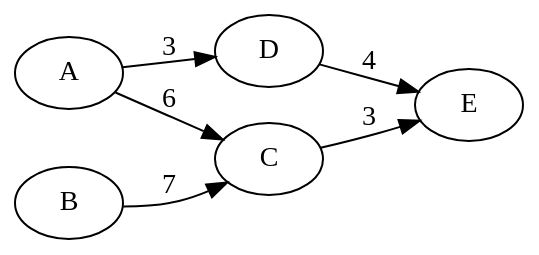
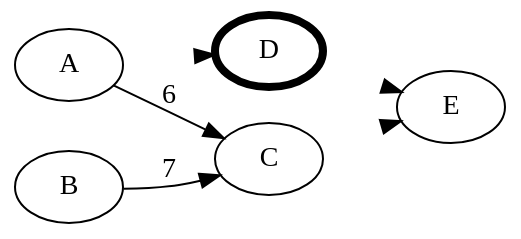
Before and after one commit to decrypto-org/TrustIsRisk: the diagram in presentations/AtheCrypt10-1-2017/figures/transitiveGame3.dot, drawn with Graphviz. The commit also changed 6 other files, not shown here.

```diff
--- a/presentations/AtheCrypt10-1-2017/figures/transitiveGame3.dot
+++ b/presentations/AtheCrypt10-1-2017/figures/transitiveGame3.dot
@@ -1,14 +1,10 @@
 digraph G {
   graph [bgcolor=transparent]
   rankdir=LR;
+  D [penwidth=4]
   A -> C [label="6"]
-  A -> D [label="3"]
+  A -> D [style=invisible]
   B -> C [label="7"]
-  C -> E [label="3"]
-  D -> E [label="4"]
-  A [label="A"]
-  B [label="B"]
-  C [label="C"]
-  D [label="D"]
-  E [label="E"]
+  C -> E [style=invisible]
+  D -> E [style=invisible]
 }
```
